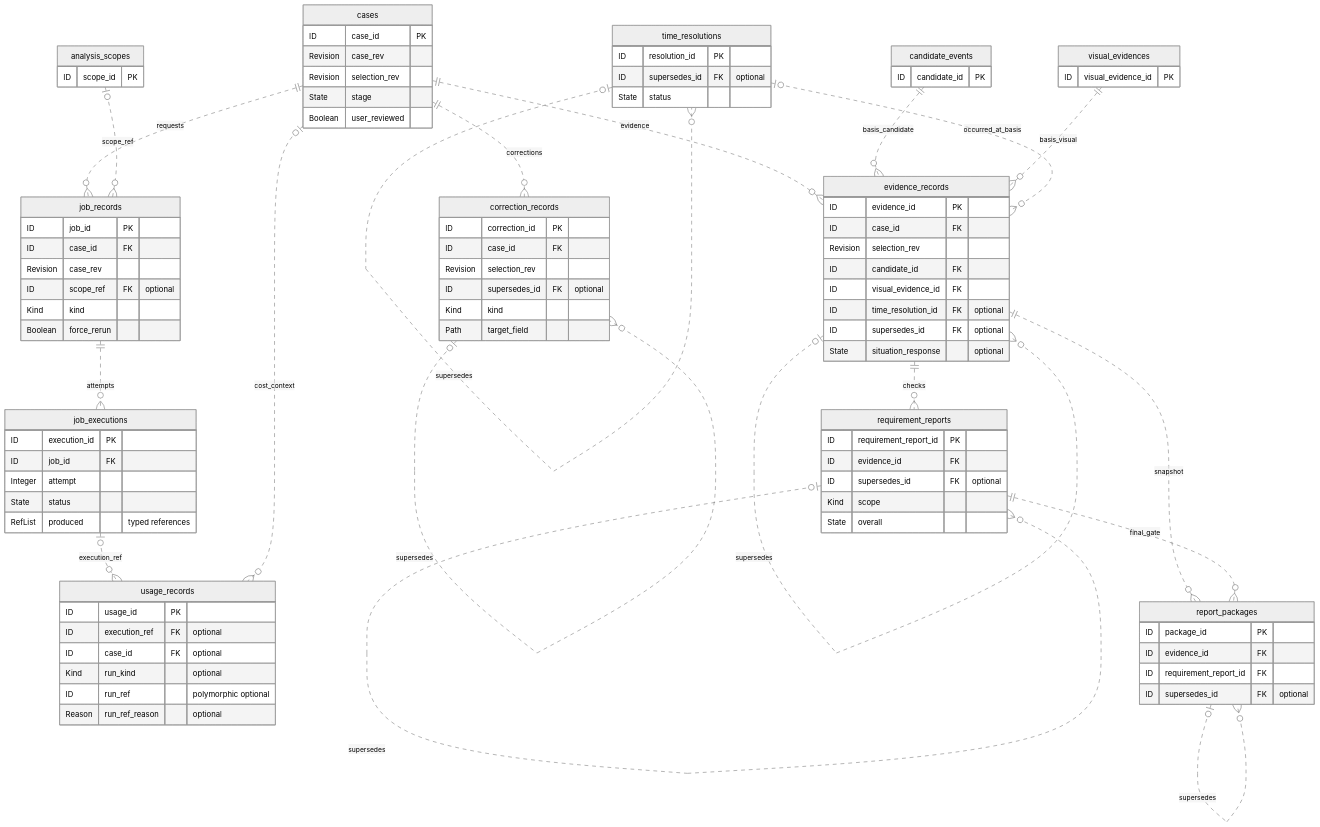
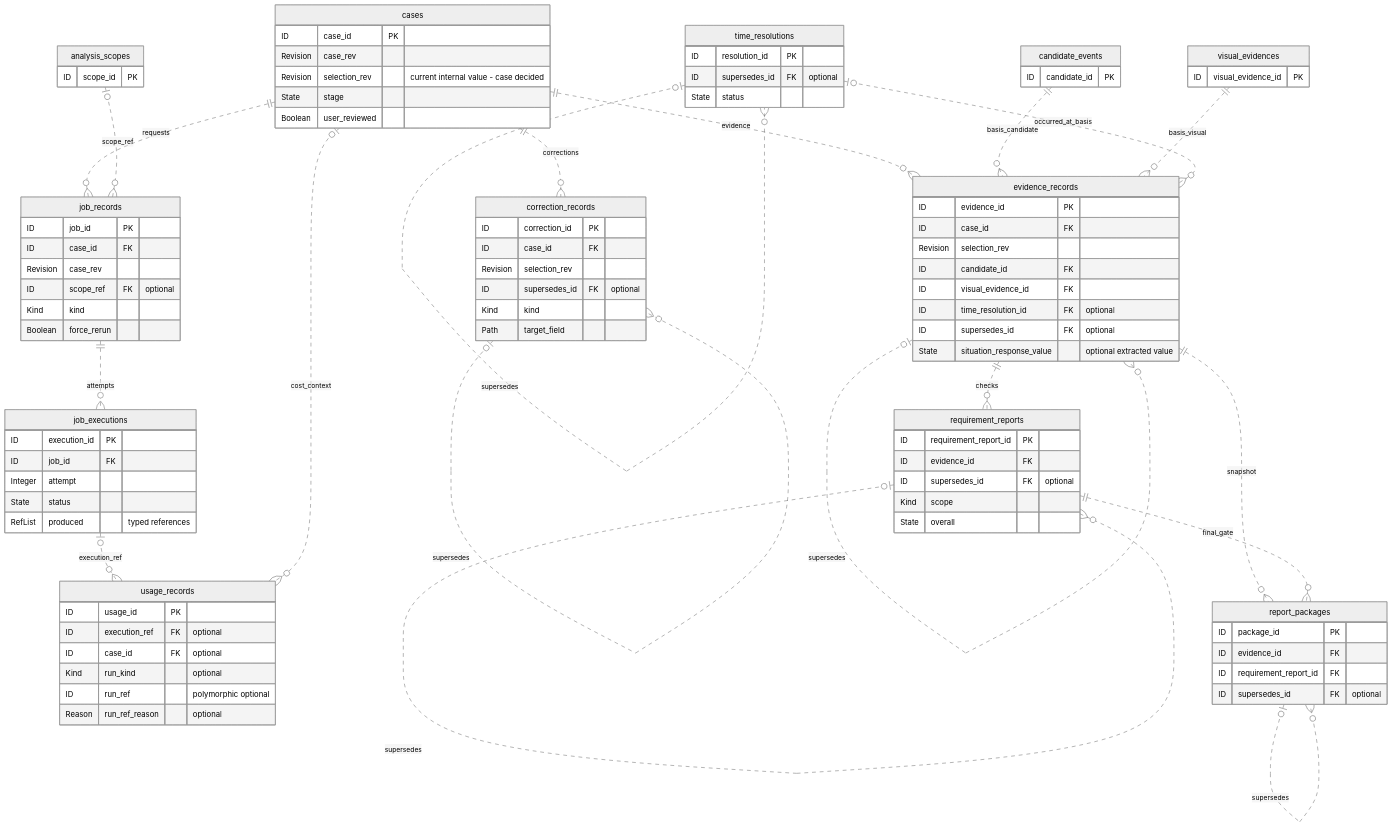
The first of 4 diagrams in docs/architecture/erd-draft.md (kakaotechcampus-4/ktc4-chonnam-2), drawn with Mermaid (neutral theme) before and after one commit. The commit also changed other lines of this file, not shown here.

Commit message:
ERD evidence, case 피드백 반영완료

```diff
--- a/docs/architecture/erd-draft.md
+++ b/docs/architecture/erd-draft.md
@@ -47,7 +49,7 @@
     cases {
         ID case_id PK
         Revision case_rev
-        Revision selection_rev
+        Revision selection_rev "current internal value - case decided"
         State stage
         Boolean user_reviewed
     }
@@ -90,7 +92,7 @@
         ID visual_evidence_id FK
         ID time_resolution_id FK "optional"
         ID supersedes_id FK "optional"
-        State situation_response "optional"
+        State situation_response_value "optional extracted value"
     }
     time_resolutions {
         ID resolution_id PK
```
